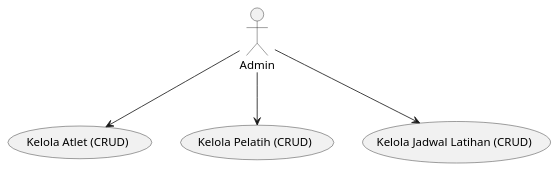
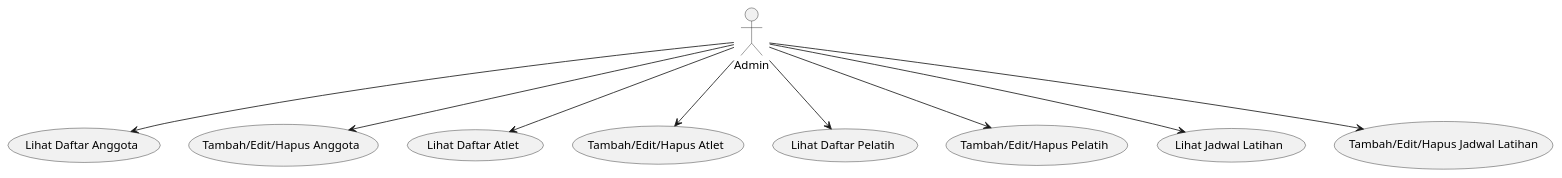
Before and after one commit to lenyrmdh/Desainanalis: the diagram in uas/analisa/usecase.puml, drawn with PlantUML.

Commit message:
fresh from the oven

```diff
--- a/uas/analisa/usecase.puml
+++ b/uas/analisa/usecase.puml
@@ -1,12 +1,25 @@
 @startuml
 actor "Admin" as Admin
 
-usecase "Kelola Atlet (CRUD)" as UC1
-usecase "Kelola Pelatih (CRUD)" as UC2
-usecase "Kelola Jadwal Latihan (CRUD)" as UC3
+usecase "Lihat Daftar Anggota" as UC1
+usecase "Tambah/Edit/Hapus Anggota" as UC2
+
+usecase "Lihat Daftar Atlet" as UC3
+usecase "Tambah/Edit/Hapus Atlet" as UC4
+
+usecase "Lihat Daftar Pelatih" as UC5
+usecase "Tambah/Edit/Hapus Pelatih" as UC6
+
+usecase "Lihat Jadwal Latihan" as UC7
+usecase "Tambah/Edit/Hapus Jadwal Latihan" as UC8
 
 Admin --> UC1
 Admin --> UC2
 Admin --> UC3
+Admin --> UC4
+Admin --> UC5
+Admin --> UC6
+Admin --> UC7
+Admin --> UC8
 
 @enduml
```
